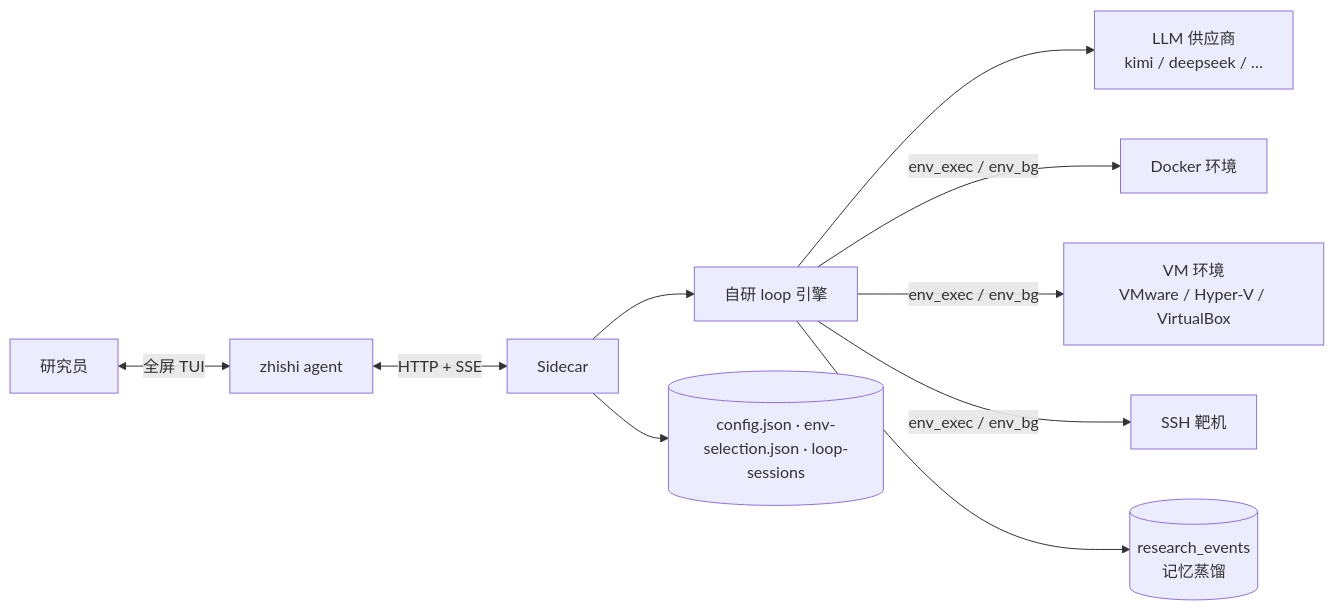
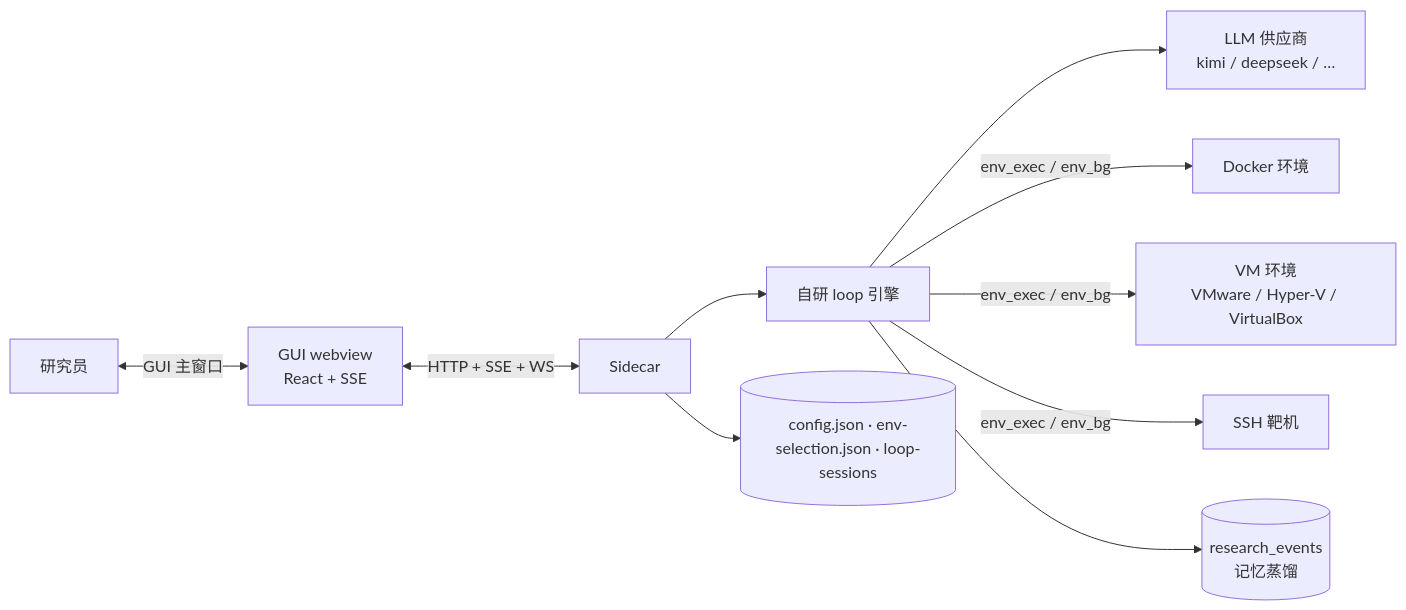
The diagram in README.md (LielingAi/ZhiShi), drawn with Mermaid before and after one commit. The commit also changed other lines of this file and 69 other files, not shown here.

````diff
--- a/README.md
+++ b/README.md
@@ -207,12 +203,12 @@
 ```mermaid
 flowchart LR
-    U[研究员] <-->|全屏 TUI| TUI[zhishi agent]
-    TUI <-->|HTTP + SSE| S[Sidecar]
+    U[研究员] <-->|GUI 主窗口| G[GUI webview<br/>React + SSE]
+    G <-->|HTTP + SSE + WS| S[Sidecar]
     S --> L[自研 loop 引擎]
     L --> M[LLM 供应商<br/>kimi / deepseek / …]
     L -->|env_exec / env_bg| E1[Docker 环境]
     L -->|env_exec / env_bg| E2[VM 环境<br/>VMware / Hyper-V / VirtualBox]
     L -->|env_exec / env_bg| E3[SSH 靶机]
     L --> DB[(research_events<br/>记忆蒸馏)]
     S --> CFG[(config.json · env-selection.json · loop-sessions)]
 ```
````
